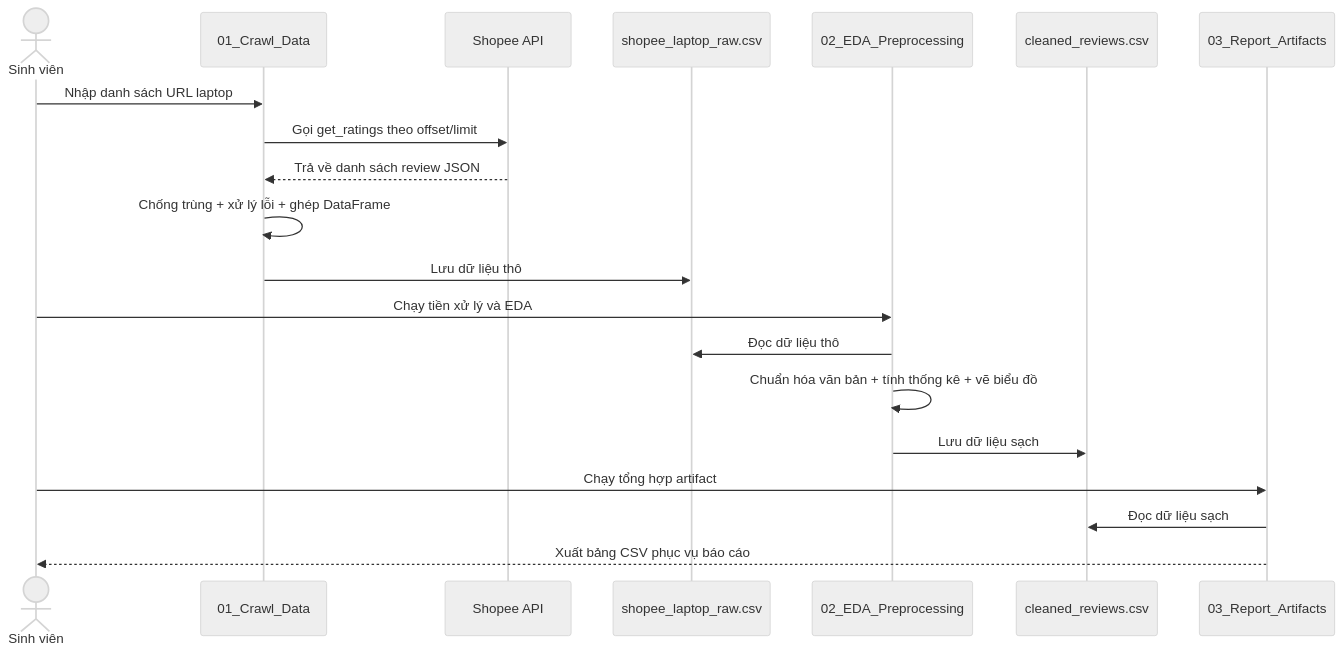
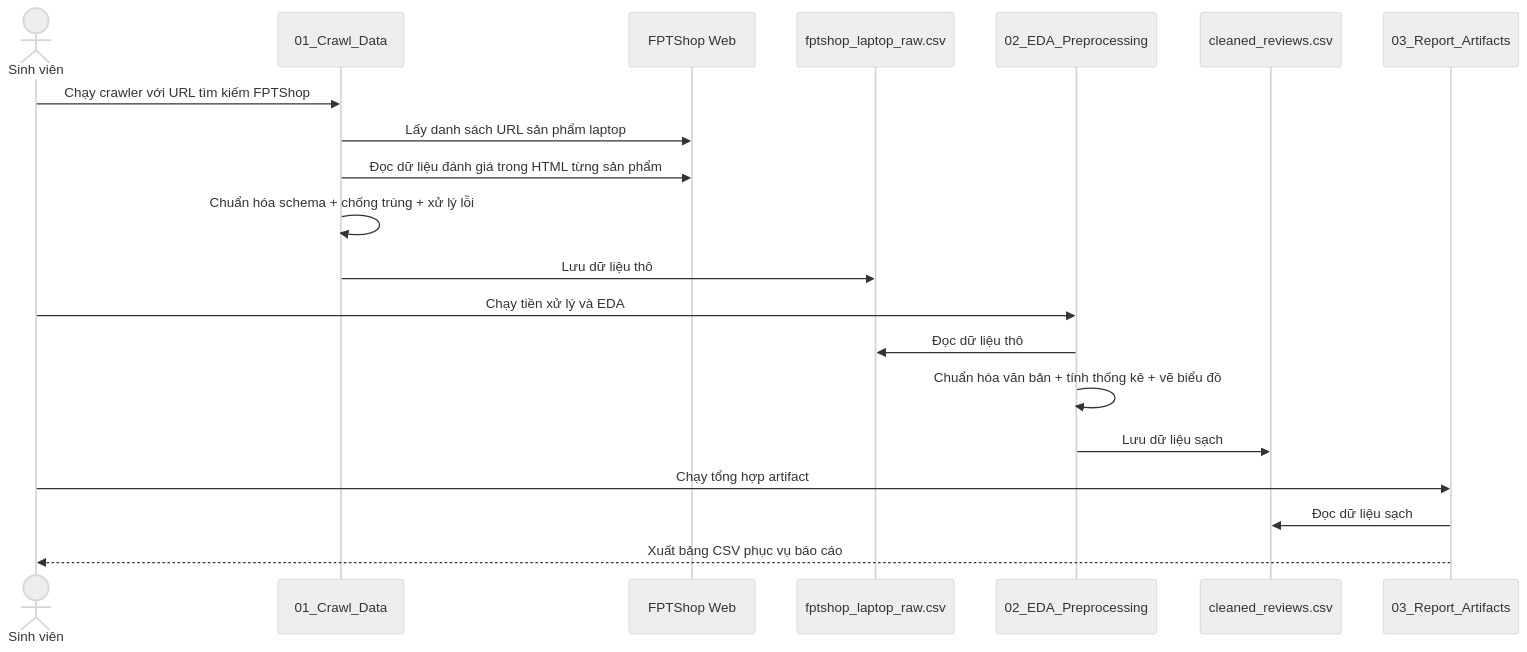
One commit to CodeingOver/KTLTTrongPTDL changed the second of 3 diagrams in docs/architecture.md. Above: the diagram before and after it, drawn with Mermaid (neutral theme). The commit also changed other lines of this file and 6 other files, not shown here.

First line of the commit message:
Chuyển đổi nguồn thu thập dữ liệu từ Shopee sang FPTShop

````diff
--- a/docs/architecture.md
+++ b/docs/architecture.md
@@ -82,23 +85,23 @@
 ```mermaid
 sequenceDiagram
     actor SV as Sinh viên
     participant NB1 as 01_Crawl_Data
-    participant API as Shopee API
-    participant CSV1 as shopee_laptop_raw.csv
+    participant WEB as FPTShop Web
+    participant CSV1 as fptshop_laptop_raw.csv
     participant NB2 as 02_EDA_Preprocessing
     participant CSV2 as cleaned_reviews.csv
     participant NB3 as 03_Report_Artifacts
 
-    SV->>NB1: Nhập danh sách URL laptop
-    NB1->>API: Gọi get_ratings theo offset/limit
-    API-->>NB1: Trả về danh sách review JSON
-    NB1->>NB1: Chống trùng + xử lý lỗi + ghép DataFrame
+    SV->>NB1: Chạy crawler với URL tìm kiếm FPTShop
+    NB1->>WEB: Lấy danh sách URL sản phẩm laptop
+    NB1->>WEB: Đọc dữ liệu đánh giá trong HTML từng sản phẩm
+    NB1->>NB1: Chuẩn hóa schema + chống trùng + xử lý lỗi
     NB1->>CSV1: Lưu dữ liệu thô
     SV->>NB2: Chạy tiền xử lý và EDA
     NB2->>CSV1: Đọc dữ liệu thô
     NB2->>NB2: Chuẩn hóa văn bản + tính thống kê + vẽ biểu đồ
     NB2->>CSV2: Lưu dữ liệu sạch
     SV->>NB3: Chạy tổng hợp artifact
     NB3->>CSV2: Đọc dữ liệu sạch
     NB3-->>SV: Xuất bảng CSV phục vụ báo cáo
 ```
````
